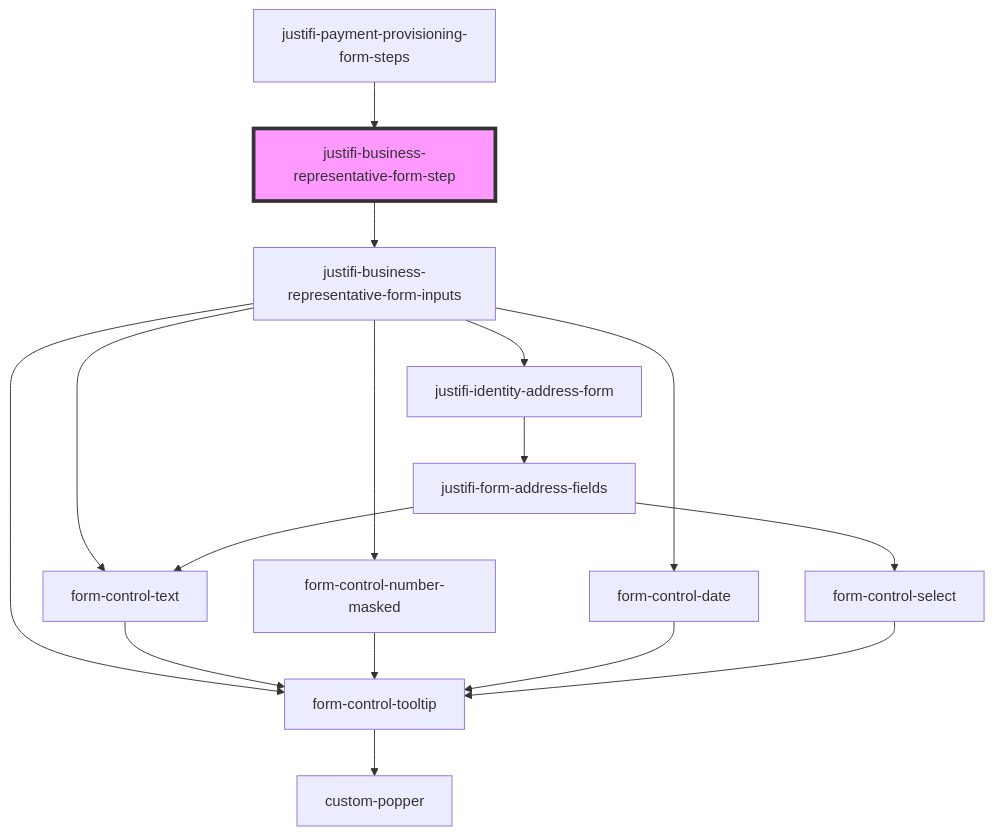
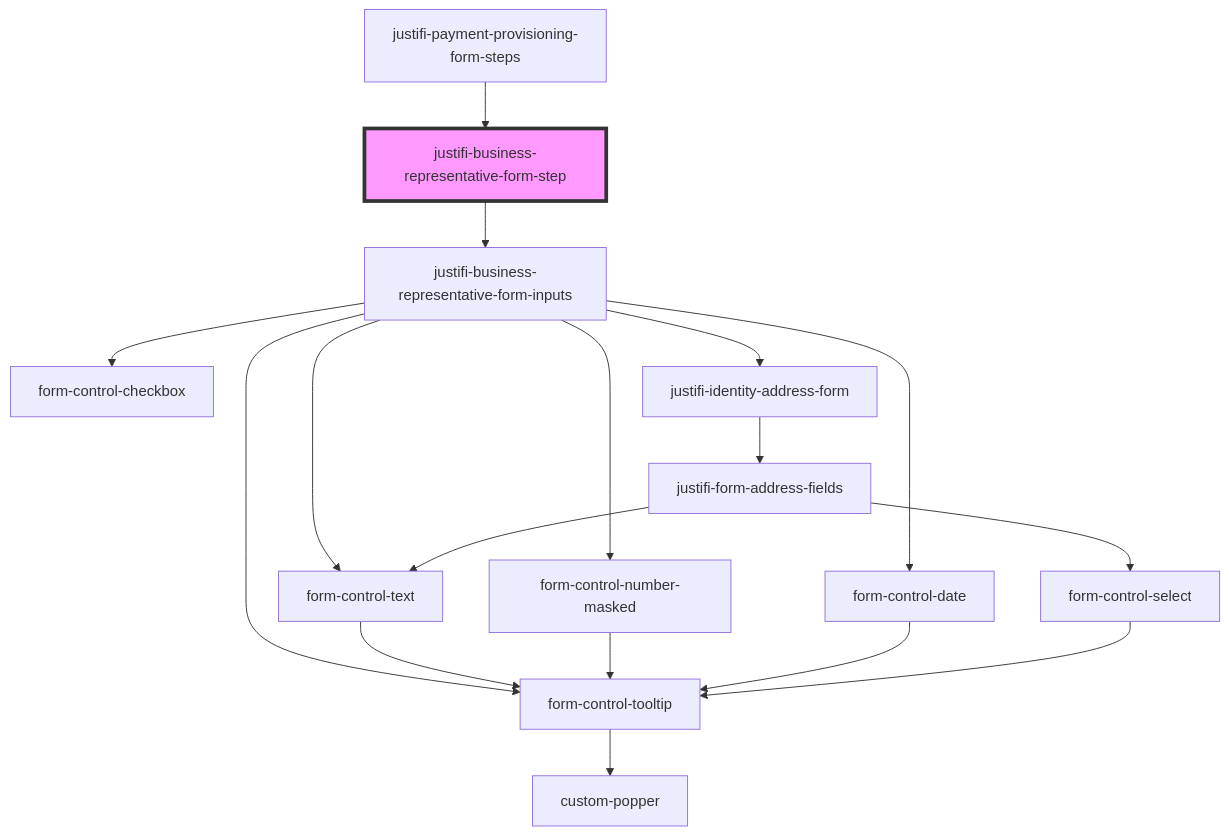
One commit to justifi-tech/web-component-library changed the diagram in packages/webcomponents/src/components/business-forms/payment-provisioning/business-representative/README.md. Above: the diagram before and after it, drawn with Mermaid. The commit also changed 3 other files, not shown here.

Commit message:
Add checkbox to mark representative as owner

````diff
--- a/packages/webcomponents/src/components/business-forms/payment-provisioning/business-representative/README.md
+++ b/packages/webcomponents/src/components/business-forms/payment-provisioning/business-representative/README.md
@@ -57,19 +57,20 @@
 ```mermaid
 graph TD;
   justifi-business-representative-form-step --> justifi-business-representative-form-inputs
   justifi-business-representative-form-inputs --> form-control-tooltip
   justifi-business-representative-form-inputs --> form-control-text
+  justifi-business-representative-form-inputs --> form-control-checkbox
   justifi-business-representative-form-inputs --> form-control-number-masked
   justifi-business-representative-form-inputs --> form-control-date
   justifi-business-representative-form-inputs --> justifi-identity-address-form
   form-control-tooltip --> custom-popper
   form-control-text --> form-control-tooltip
   form-control-number-masked --> form-control-tooltip
   form-control-date --> form-control-tooltip
   justifi-identity-address-form --> justifi-form-address-fields
   justifi-form-address-fields --> form-control-text
   justifi-form-address-fields --> form-control-select
   form-control-select --> form-control-tooltip
   justifi-payment-provisioning-form-steps --> justifi-business-representative-form-step
   style justifi-business-representative-form-step fill:#f9f,stroke:#333,stroke-width:4px
 ```
````
